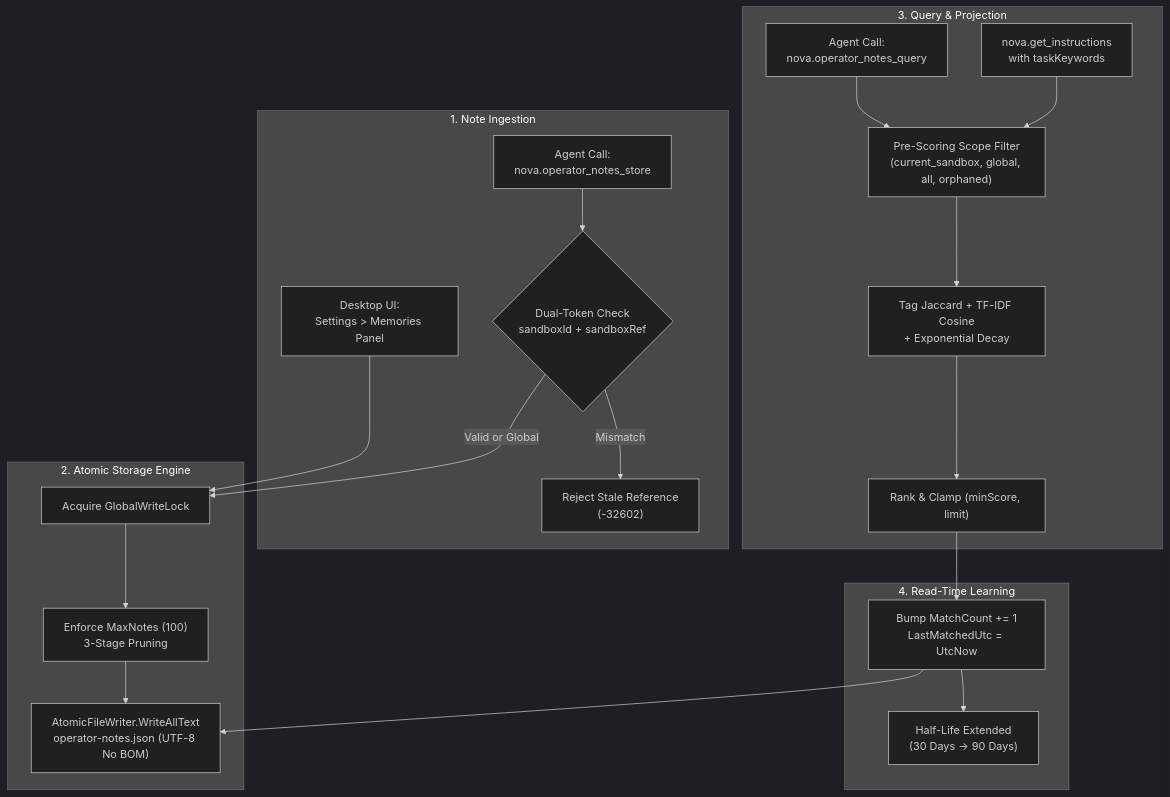
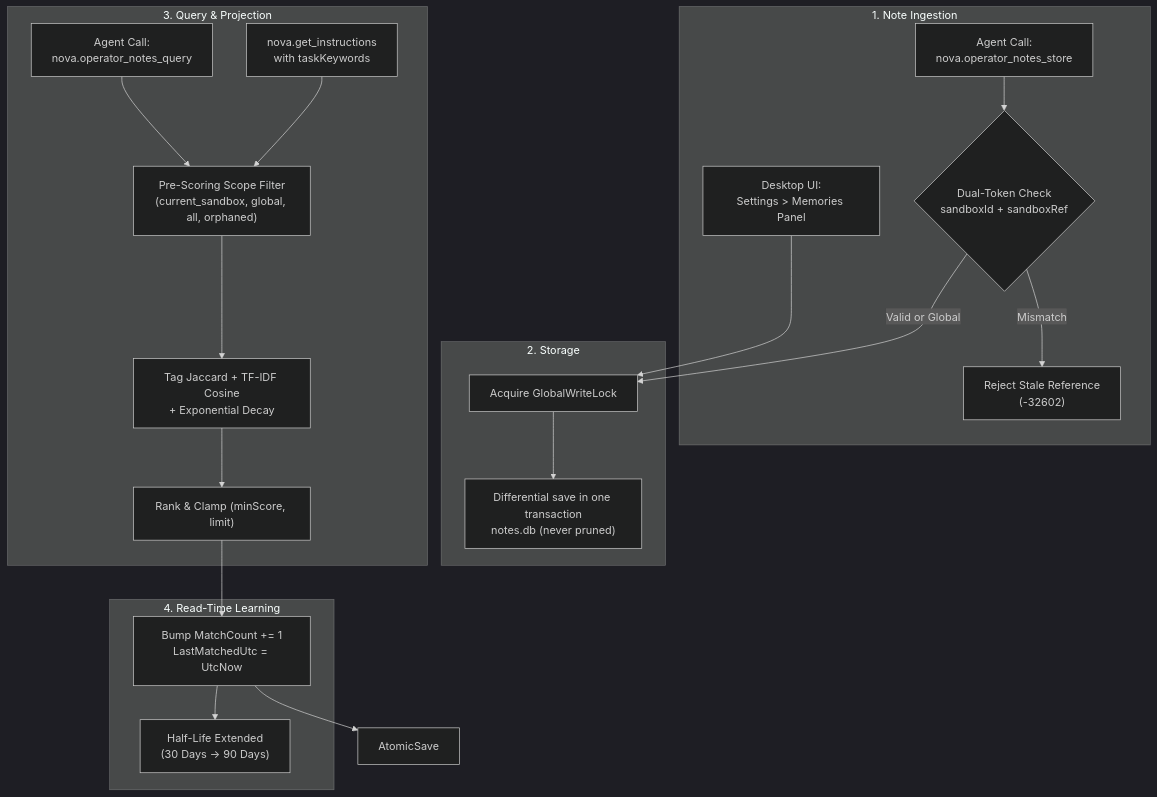
Before and after one commit to joelaniol/nova: the diagram in docs/core-features/learning/operator-notes/README.md, drawn with Mermaid (dark theme). The commit also changed other lines of this file and 9 other files, not shown here.

````diff
--- a/docs/core-features/learning/operator-notes/README.md
+++ b/docs/core-features/learning/operator-notes/README.md
@@ -58,40 +58,39 @@
 ```mermaid
 flowchart TD
     subgraph Ingestion ["1. Note Ingestion"]
         AgentStore["Agent Call:<br/>nova.operator_notes_store"]
         UISettings["Desktop UI:<br/>Settings > Memories Panel"]
         DualTokenCheck{"Dual-Token Check<br/>sandboxId + sandboxRef"}
         RejectRace["Reject Stale Reference<br/>(-32602)"]
     end
 
-    subgraph Storage ["2. Atomic Storage Engine"]
+    subgraph Storage ["2. Storage"]
         WriteLock["Acquire GlobalWriteLock"]
-        PruneCheck["Enforce MaxNotes (100)<br/>3-Stage Pruning"]
-        AtomicSave["AtomicFileWriter.WriteAllText<br/>operator-notes.json (UTF-8 No BOM)"]
+        DiffSave["Differential save in one transaction<br/>notes.db (never pruned)"]
     end
 
     subgraph Retrieval ["3. Query & Projection"]
         QueryCall["Agent Call:<br/>nova.operator_notes_query"]
         InstructionCall["nova.get_instructions<br/>with taskKeywords"]
         ScopeFilter["Pre-Scoring Scope Filter<br/>(current_sandbox, global, all, orphaned)"]
         ScoringEngine["Tag Jaccard + TF-IDF Cosine<br/>+ Exponential Decay"]
         RankSort["Rank & Clamp (minScore, limit)"]
     end
 
     subgraph Reinforcement ["4. Read-Time Learning"]
         UpdateMeta["Bump MatchCount += 1<br/>LastMatchedUtc = UtcNow"]
         SlowerDecay["Half-Life Extended<br/>(30 Days -> 90 Days)"]
     end
 
     AgentStore --> DualTokenCheck
     UISettings --> WriteLock
     DualTokenCheck -- Valid or Global --> WriteLock
     DualTokenCheck -- Mismatch --> RejectRace
-    WriteLock --> PruneCheck --> AtomicSave
+    WriteLock --> DiffSave
 
     QueryCall --> ScopeFilter
     InstructionCall --> ScopeFilter
     ScopeFilter --> ScoringEngine --> RankSort
     RankSort --> UpdateMeta --> SlowerDecay
     UpdateMeta --> AtomicSave
 ```
````
